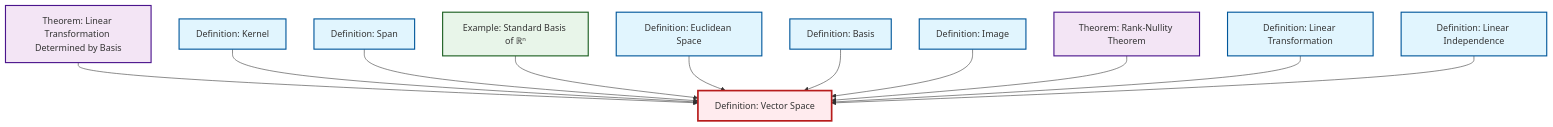
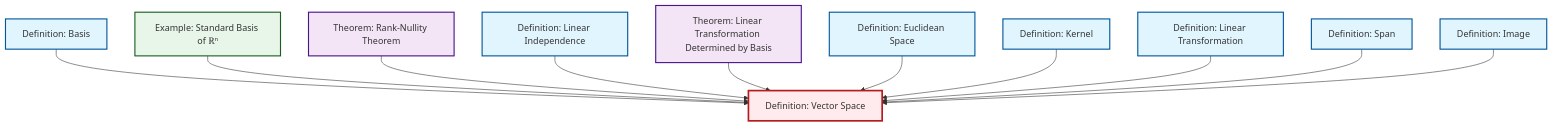
Before and after one commit to RK0429/ModernMath: the diagram in content/en/algebra/def-vector-space.qmd, drawn with Mermaid. The commit also changed 511 other files, not shown here.

````diff
--- a/content/en/algebra/def-vector-space.qmd
+++ b/content/en/algebra/def-vector-space.qmd
@@ -48,42 +48,31 @@
 ```{mermaid}
 %%| fig-cap: "Local dependency graph"
 graph TD
     classDef definition fill:#e1f5fe,stroke:#01579b,stroke-width:2px
     classDef theorem fill:#f3e5f5,stroke:#4a148c,stroke-width:2px
     classDef axiom fill:#fff3e0,stroke:#e65100,stroke-width:2px
     classDef example fill:#e8f5e9,stroke:#1b5e20,stroke-width:2px
     classDef current fill:#ffebee,stroke:#b71c1c,stroke-width:3px
+    thm-rank-nullity["Theorem: Rank-Nullity Theorem"]:::theorem
+    def-linear-transformation["Definition: Linear Transformation"]:::definition
+    def-euclidean-space["Definition: Euclidean Space"]:::definition
+    def-span["Definition: Span"]:::definition
+    def-image["Definition: Image"]:::definition
+    thm-linear-transformation-basis["Theorem: Linear Transformation Determined by Basis"]:::theorem
+    def-basis["Definition: Basis"]:::definition
+    ex-standard-basis-rn["Example: Standard Basis of ℝⁿ"]:::example
+    def-kernel["Definition: Kernel"]:::definition
     def-linear-independence["Definition: Linear Independence"]:::definition
-    def-basis["Definition: Basis"]:::definition
-    def-kernel["Definition: Kernel"]:::definition
-    def-linear-transformation["Definition: Linear Transformation"]:::definition
-    thm-linear-transformation-basis["Theorem: Linear Transformation Determined by Basis"]:::theorem
-    ex-standard-basis-rn["Example: Standard Basis of ℝⁿ"]:::example
-    def-span["Definition: Span"]:::definition
-    thm-rank-nullity["Theorem: Rank-Nullity Theorem"]:::theorem
     def-vector-space["Definition: Vector Space"]:::definition
-    def-euclidean-space["Definition: Euclidean Space"]:::definition
-    def-image["Definition: Image"]:::definition
+    def-basis --> def-vector-space
+    ex-standard-basis-rn --> def-vector-space
+    thm-rank-nullity --> def-vector-space
+    def-linear-independence --> def-vector-space
     thm-linear-transformation-basis --> def-vector-space
+    def-euclidean-space --> def-vector-space
     def-kernel --> def-vector-space
+    def-linear-transformation --> def-vector-space
     def-span --> def-vector-space
-    ex-standard-basis-rn --> def-vector-space
-    def-euclidean-space --> def-vector-space
-    def-basis --> def-vector-space
     def-image --> def-vector-space
-    thm-rank-nullity --> def-vector-space
-    def-linear-transformation --> def-vector-space
-    def-linear-independence --> def-vector-space
     class def-vector-space current
-
-    click def-linear-independence "def-linear-independence.html" "Go to Linear Independence definition"
-    click def-basis "def-basis.html" "Go to Basis definition"
-    click def-kernel "def-kernel.html" "Go to Kernel definition"
-    click def-linear-transformation "def-linear-transformation.html" "Go to Linear Transformation definition"
-    click thm-linear-transformation-basis "thm-linear-transformation-basis.html" "Go to Linear Transformation Determined by Basis theorem"
-    click ex-standard-basis-rn "ex-standard-basis-rn.html" "Go to Standard Basis of ℝⁿ example"
-    click def-span "def-span.html" "Go to Span definition"
-    click thm-rank-nullity "thm-rank-nullity.html" "Go to Rank-Nullity Theorem theorem"
-    click def-euclidean-space "def-euclidean-space.html" "Go to Euclidean Space definition"
-    click def-image "def-image.html" "Go to Image definition"
 ```
````
